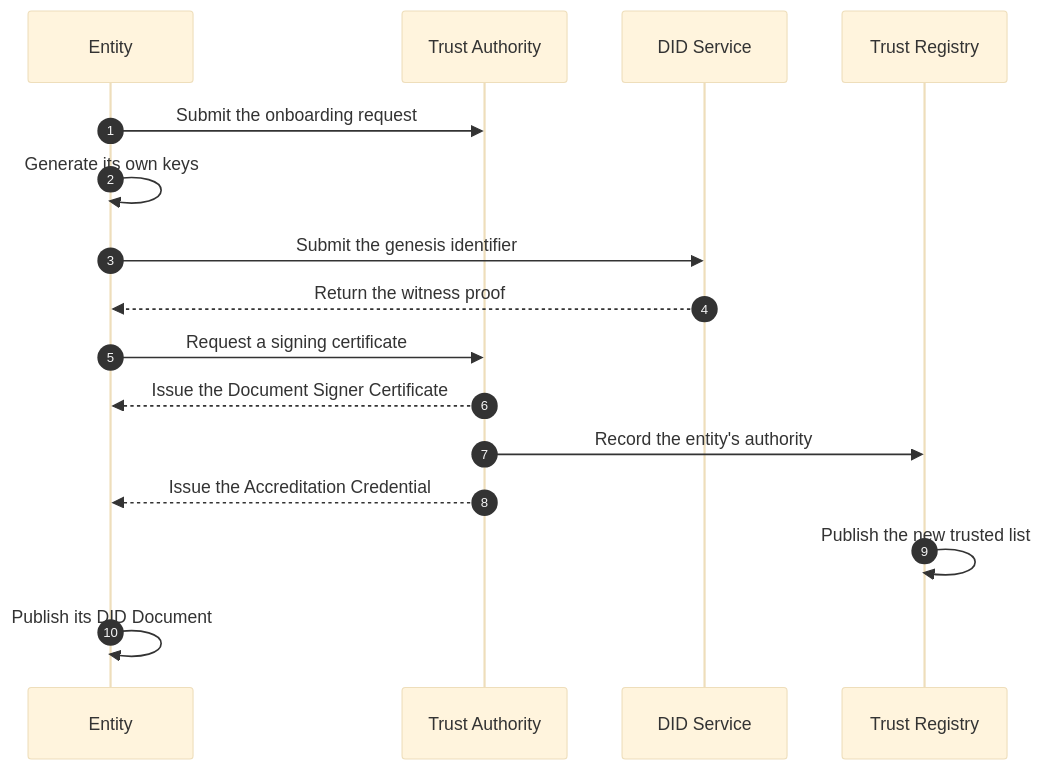
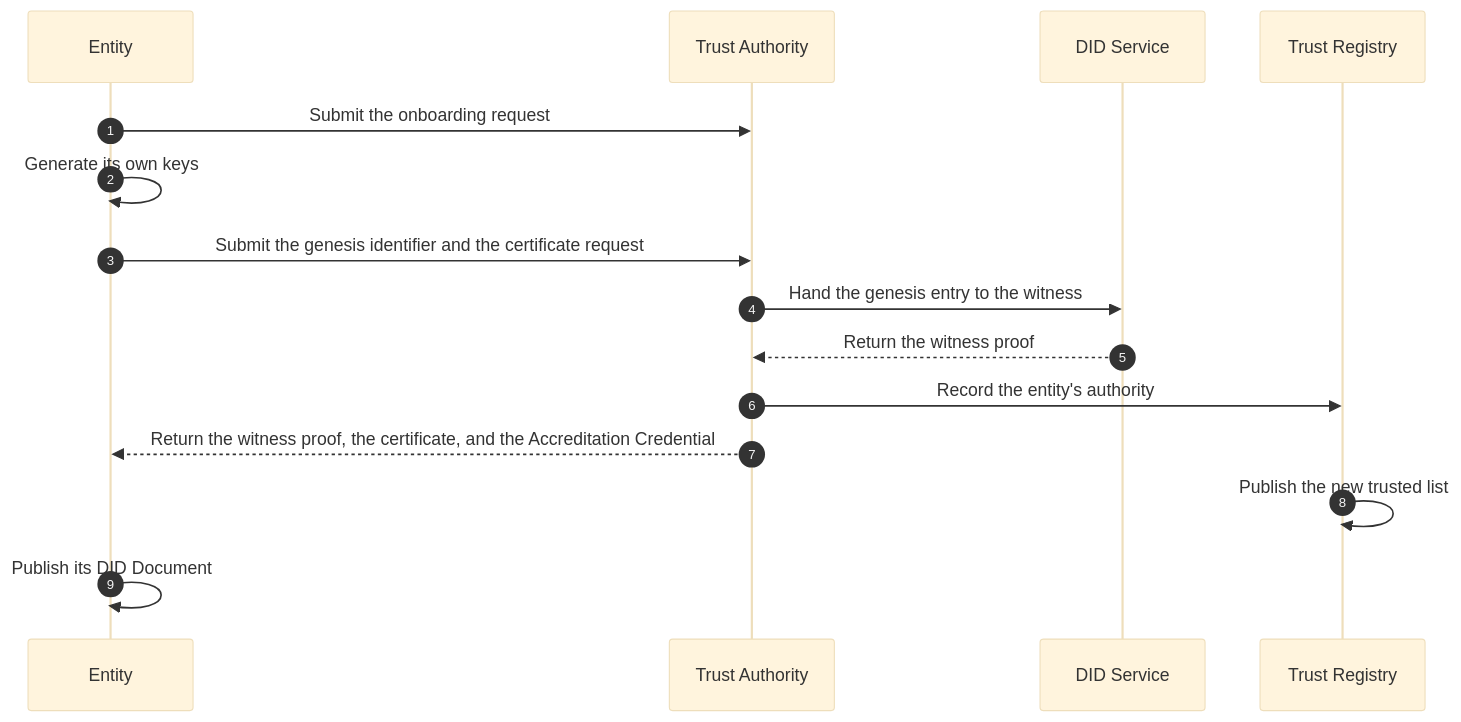
The first of 14 diagrams in docs/architecture-framework/high-level-architecture/flows-per-use-case.md (id-verifiable-credential-dev/id-doc-idctf), drawn with Mermaid (base theme) before and after one commit. The commit also changed other lines of this file and 27 other files, not shown here.

````diff
--- a/docs/architecture-framework/high-level-architecture/flows-per-use-case.md
+++ b/docs/architecture-framework/high-level-architecture/flows-per-use-case.md
@@ -33,18 +33,17 @@
 ```mermaid
 sequenceDiagram
     autonumber
     participant Ent as Entity
     participant TA as Trust Authority
     participant DID as DID Service
     participant TR as Trust Registry
     Ent->>TA: Submit the onboarding request
     Ent->>Ent: Generate its own keys
-    Ent->>DID: Submit the genesis identifier
-    DID-->>Ent: Return the witness proof
-    Ent->>TA: Request a signing certificate
-    TA-->>Ent: Issue the Document Signer Certificate
+    Ent->>TA: Submit the genesis identifier and the certificate request
+    TA->>DID: Hand the genesis entry to the witness
+    DID-->>TA: Return the witness proof
     TA->>TR: Record the entity's authority
-    TA-->>Ent: Issue the Accreditation Credential
+    TA-->>Ent: Return the witness proof, the certificate, and the Accreditation Credential
     TR->>TR: Publish the new trusted list
     Ent->>Ent: Publish its DID Document
 ```
````
